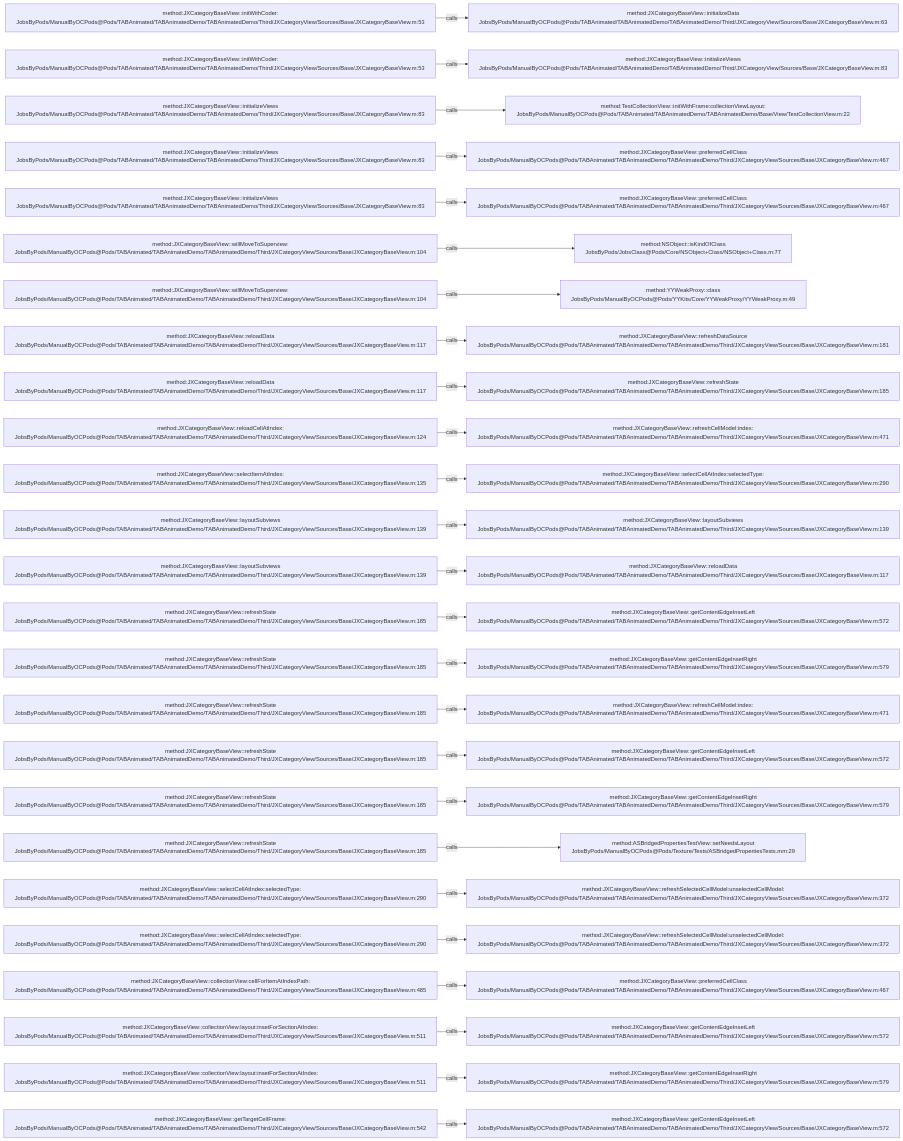
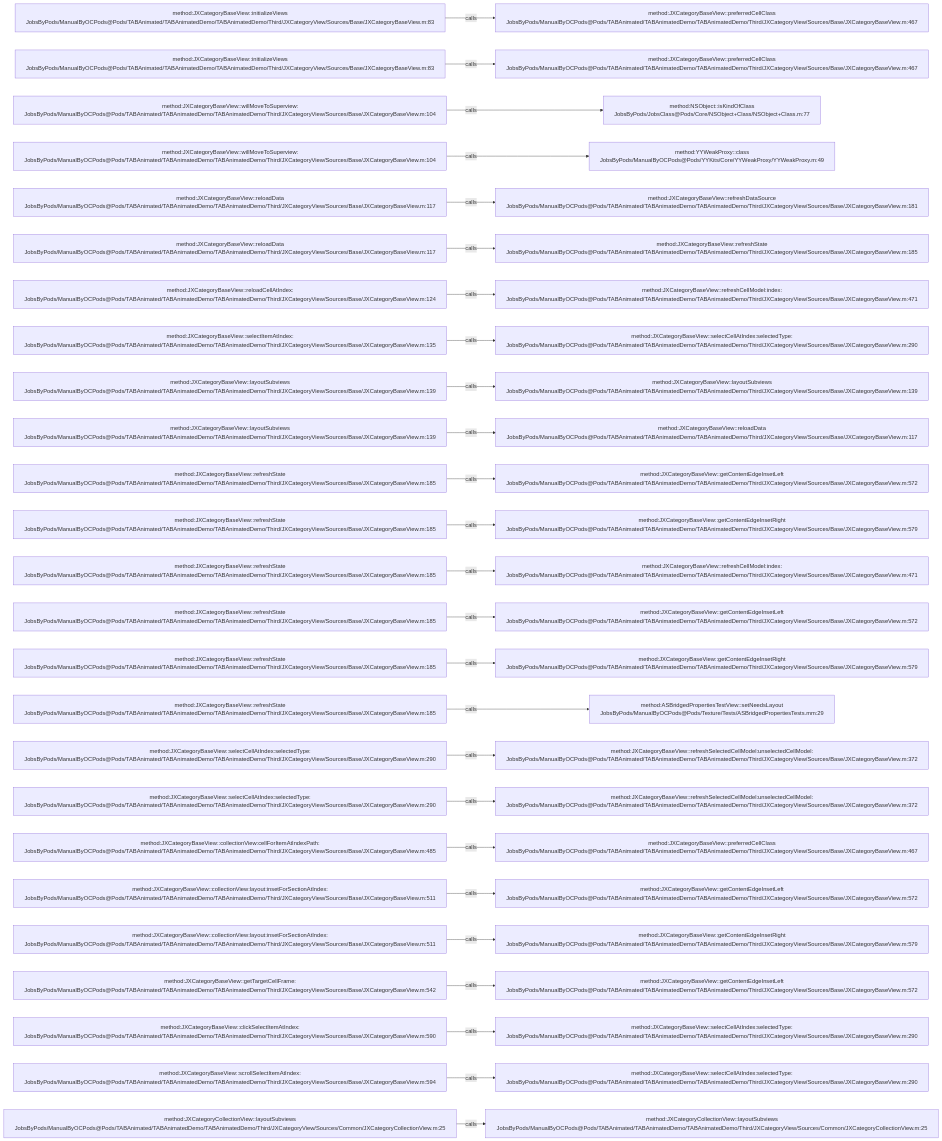
One commit to JobsKits/JobsOCBaseConfigDemo changed the diagram in .codegraph/codegraph.md/graphs/calls-043.md. Above: the diagram before and after it, drawn with Mermaid. The commit also changed 342 other files, not shown here.

````diff
--- a/.codegraph/codegraph.md/graphs/calls-043.md
+++ b/.codegraph/codegraph.md/graphs/calls-043.md
@@ -13,78 +13,78 @@
 ```mermaid
 flowchart LR
-  S1["method:JXCategoryBaseView::initWithCoder:<br/>JobsByPods/ManualByOCPods@Pods/TABAnimated/TABAnimatedDemo/TABAnimatedDemo/Third/JXCategoryView/Sources/Base/JXCategoryBaseView.m:53"]
-  T1["method:JXCategoryBaseView::initializeData<br/>JobsByPods/ManualByOCPods@Pods/TABAnimated/TABAnimatedDemo/TABAnimatedDemo/Third/JXCategoryView/Sources/Base/JXCategoryBaseView.m:63"]
+  S1["method:JXCategoryBaseView::initializeViews<br/>JobsByPods/ManualByOCPods@Pods/TABAnimated/TABAnimatedDemo/TABAnimatedDemo/Third/JXCategoryView/Sources/Base/JXCategoryBaseView.m:83"]
+  T1["method:JXCategoryBaseView::preferredCellClass<br/>JobsByPods/ManualByOCPods@Pods/TABAnimated/TABAnimatedDemo/TABAnimatedDemo/Third/JXCategoryView/Sources/Base/JXCategoryBaseView.m:467"]
   S1 -->|calls| T1
-  S2["method:JXCategoryBaseView::initWithCoder:<br/>JobsByPods/ManualByOCPods@Pods/TABAnimated/TABAnimatedDemo/TABAnimatedDemo/Third/JXCategoryView/Sources/Base/JXCategoryBaseView.m:53"]
-  T2["method:JXCategoryBaseView::initializeViews<br/>JobsByPods/ManualByOCPods@Pods/TABAnimated/TABAnimatedDemo/TABAnimatedDemo/Third/JXCategoryView/Sources/Base/JXCategoryBaseView.m:83"]
+  S2["method:JXCategoryBaseView::initializeViews<br/>JobsByPods/ManualByOCPods@Pods/TABAnimated/TABAnimatedDemo/TABAnimatedDemo/Third/JXCategoryView/Sources/Base/JXCategoryBaseView.m:83"]
+  T2["method:JXCategoryBaseView::preferredCellClass<br/>JobsByPods/ManualByOCPods@Pods/TABAnimated/TABAnimatedDemo/TABAnimatedDemo/Third/JXCategoryView/Sources/Base/JXCategoryBaseView.m:467"]
   S2 -->|calls| T2
-  S3["method:JXCategoryBaseView::initializeViews<br/>JobsByPods/ManualByOCPods@Pods/TABAnimated/TABAnimatedDemo/TABAnimatedDemo/Third/JXCategoryView/Sources/Base/JXCategoryBaseView.m:83"]
-  T3["method:TestCollectionView::initWithFrame:collectionViewLayout:<br/>JobsByPods/ManualByOCPods@Pods/TABAnimated/TABAnimatedDemo/TABAnimatedDemo/Base/View/TestCollectionView.m:22"]
+  S3["method:JXCategoryBaseView::willMoveToSuperview:<br/>JobsByPods/ManualByOCPods@Pods/TABAnimated/TABAnimatedDemo/TABAnimatedDemo/Third/JXCategoryView/Sources/Base/JXCategoryBaseView.m:104"]
+  T3["method:NSObject::isKindOfClass<br/>JobsByPods/JobsClass@Pods/Core/NSObject+Class/NSObject+Class.m:77"]
   S3 -->|calls| T3
-  S4["method:JXCategoryBaseView::initializeViews<br/>JobsByPods/ManualByOCPods@Pods/TABAnimated/TABAnimatedDemo/TABAnimatedDemo/Third/JXCategoryView/Sources/Base/JXCategoryBaseView.m:83"]
-  T4["method:JXCategoryBaseView::preferredCellClass<br/>JobsByPods/ManualByOCPods@Pods/TABAnimated/TABAnimatedDemo/TABAnimatedDemo/Third/JXCategoryView/Sources/Base/JXCategoryBaseView.m:467"]
+  S4["method:JXCategoryBaseView::willMoveToSuperview:<br/>JobsByPods/ManualByOCPods@Pods/TABAnimated/TABAnimatedDemo/TABAnimatedDemo/Third/JXCategoryView/Sources/Base/JXCategoryBaseView.m:104"]
+  T4["method:YYWeakProxy::class<br/>JobsByPods/ManualByOCPods@Pods/YYKits/Core/YYWeakProxy/YYWeakProxy.m:49"]
   S4 -->|calls| T4
-  S5["method:JXCategoryBaseView::initializeViews<br/>JobsByPods/ManualByOCPods@Pods/TABAnimated/TABAnimatedDemo/TABAnimatedDemo/Third/JXCategoryView/Sources/Base/JXCategoryBaseView.m:83"]
-  T5["method:JXCategoryBaseView::preferredCellClass<br/>JobsByPods/ManualByOCPods@Pods/TABAnimated/TABAnimatedDemo/TABAnimatedDemo/Third/JXCategoryView/Sources/Base/JXCategoryBaseView.m:467"]
+  S5["method:JXCategoryBaseView::reloadData<br/>JobsByPods/ManualByOCPods@Pods/TABAnimated/TABAnimatedDemo/TABAnimatedDemo/Third/JXCategoryView/Sources/Base/JXCategoryBaseView.m:117"]
+  T5["method:JXCategoryBaseView::refreshDataSource<br/>JobsByPods/ManualByOCPods@Pods/TABAnimated/TABAnimatedDemo/TABAnimatedDemo/Third/JXCategoryView/Sources/Base/JXCategoryBaseView.m:181"]
   S5 -->|calls| T5
-  S6["method:JXCategoryBaseView::willMoveToSuperview:<br/>JobsByPods/ManualByOCPods@Pods/TABAnimated/TABAnimatedDemo/TABAnimatedDemo/Third/JXCategoryView/Sources/Base/JXCategoryBaseView.m:104"]
-  T6["method:NSObject::isKindOfClass<br/>JobsByPods/JobsClass@Pods/Core/NSObject+Class/NSObject+Class.m:77"]
+  S6["method:JXCategoryBaseView::reloadData<br/>JobsByPods/ManualByOCPods@Pods/TABAnimated/TABAnimatedDemo/TABAnimatedDemo/Third/JXCategoryView/Sources/Base/JXCategoryBaseView.m:117"]
+  T6["method:JXCategoryBaseView::refreshState<br/>JobsByPods/ManualByOCPods@Pods/TABAnimated/TABAnimatedDemo/TABAnimatedDemo/Third/JXCategoryView/Sources/Base/JXCategoryBaseView.m:185"]
   S6 -->|calls| T6
-  S7["method:JXCategoryBaseView::willMoveToSuperview:<br/>JobsByPods/ManualByOCPods@Pods/TABAnimated/TABAnimatedDemo/TABAnimatedDemo/Third/JXCategoryView/Sources/Base/JXCategoryBaseView.m:104"]
-  T7["method:YYWeakProxy::class<br/>JobsByPods/ManualByOCPods@Pods/YYKits/Core/YYWeakProxy/YYWeakProxy.m:49"]
+  S7["method:JXCategoryBaseView::reloadCellAtIndex:<br/>JobsByPods/ManualByOCPods@Pods/TABAnimated/TABAnimatedDemo/TABAnimatedDemo/Third/JXCategoryView/Sources/Base/JXCategoryBaseView.m:124"]
+  T7["method:JXCategoryBaseView::refreshCellModel:index:<br/>JobsByPods/ManualByOCPods@Pods/TABAnimated/TABAnimatedDemo/TABAnimatedDemo/Third/JXCategoryView/Sources/Base/JXCategoryBaseView.m:471"]
   S7 -->|calls| T7
-  S8["method:JXCategoryBaseView::reloadData<br/>JobsByPods/ManualByOCPods@Pods/TABAnimated/TABAnimatedDemo/TABAnimatedDemo/Third/JXCategoryView/Sources/Base/JXCategoryBaseView.m:117"]
-  T8["method:JXCategoryBaseView::refreshDataSource<br/>JobsByPods/ManualByOCPods@Pods/TABAnimated/TABAnimatedDemo/TABAnimatedDemo/Third/JXCategoryView/Sources/Base/JXCategoryBaseView.m:181"]
+  S8["method:JXCategoryBaseView::selectItemAtIndex:<br/>JobsByPods/ManualByOCPods@Pods/TABAnimated/TABAnimatedDemo/TABAnimatedDemo/Third/JXCategoryView/Sources/Base/JXCategoryBaseView.m:135"]
+  T8["method:JXCategoryBaseView::selectCellAtIndex:selectedType:<br/>JobsByPods/ManualByOCPods@Pods/TABAnimated/TABAnimatedDemo/TABAnimatedDemo/Third/JXCategoryView/Sources/Base/JXCategoryBaseView.m:290"]
   S8 -->|calls| T8
-  S9["method:JXCategoryBaseView::reloadData<br/>JobsByPods/ManualByOCPods@Pods/TABAnimated/TABAnimatedDemo/TABAnimatedDemo/Third/JXCategoryView/Sources/Base/JXCategoryBaseView.m:117"]
-  T9["method:JXCategoryBaseView::refreshState<br/>JobsByPods/ManualByOCPods@Pods/TABAnimated/TABAnimatedDemo/TABAnimatedDemo/Third/JXCategoryView/Sources/Base/JXCategoryBaseView.m:185"]
+  S9["method:JXCategoryBaseView::layoutSubviews<br/>JobsByPods/ManualByOCPods@Pods/TABAnimated/TABAnimatedDemo/TABAnimatedDemo/Third/JXCategoryView/Sources/Base/JXCategoryBaseView.m:139"]
+  T9["method:JXCategoryBaseView::layoutSubviews<br/>JobsByPods/ManualByOCPods@Pods/TABAnimated/TABAnimatedDemo/TABAnimatedDemo/Third/JXCategoryView/Sources/Base/JXCategoryBaseView.m:139"]
   S9 -->|calls| T9
-  S10["method:JXCategoryBaseView::reloadCellAtIndex:<br/>JobsByPods/ManualByOCPods@Pods/TABAnimated/TABAnimatedDemo/TABAnimatedDemo/Third/JXCategoryView/Sources/Base/JXCategoryBaseView.m:124"]
-  T10["method:JXCategoryBaseView::refreshCellModel:index:<br/>JobsByPods/ManualByOCPods@Pods/TABAnimated/TABAnimatedDemo/TABAnimatedDemo/Third/JXCategoryView/Sources/Base/JXCategoryBaseView.m:471"]
+  S10["method:JXCategoryBaseView::layoutSubviews<br/>JobsByPods/ManualByOCPods@Pods/TABAnimated/TABAnimatedDemo/TABAnimatedDemo/Third/JXCategoryView/Sources/Base/JXCategoryBaseView.m:139"]
+  T10["method:JXCategoryBaseView::reloadData<br/>JobsByPods/ManualByOCPods@Pods/TABAnimated/TABAnimatedDemo/TABAnimatedDemo/Third/JXCategoryView/Sources/Base/JXCategoryBaseView.m:117"]
   S10 -->|calls| T10
-  S11["method:JXCategoryBaseView::selectItemAtIndex:<br/>JobsByPods/ManualByOCPods@Pods/TABAnimated/TABAnimatedDemo/TABAnimatedDemo/Third/JXCategoryView/Sources/Base/JXCategoryBaseView.m:135"]
-  T11["method:JXCategoryBaseView::selectCellAtIndex:selectedType:<br/>JobsByPods/ManualByOCPods@Pods/TABAnimated/TABAnimatedDemo/TABAnimatedDemo/Third/JXCategoryView/Sources/Base/JXCategoryBaseView.m:290"]
+  S11["method:JXCategoryBaseView::refreshState<br/>JobsByPods/ManualByOCPods@Pods/TABAnimated/TABAnimatedDemo/TABAnimatedDemo/Third/JXCategoryView/Sources/Base/JXCategoryBaseView.m:185"]
+  T11["method:JXCategoryBaseView::getContentEdgeInsetLeft<br/>JobsByPods/ManualByOCPods@Pods/TABAnimated/TABAnimatedDemo/TABAnimatedDemo/Third/JXCategoryView/Sources/Base/JXCategoryBaseView.m:572"]
   S11 -->|calls| T11
-  S12["method:JXCategoryBaseView::layoutSubviews<br/>JobsByPods/ManualByOCPods@Pods/TABAnimated/TABAnimatedDemo/TABAnimatedDemo/Third/JXCategoryView/Sources/Base/JXCategoryBaseView.m:139"]
-  T12["method:JXCategoryBaseView::layoutSubviews<br/>JobsByPods/ManualByOCPods@Pods/TABAnimated/TABAnimatedDemo/TABAnimatedDemo/Third/JXCategoryView/Sources/Base/JXCategoryBaseView.m:139"]
+  S12["method:JXCategoryBaseView::refreshState<br/>JobsByPods/ManualByOCPods@Pods/TABAnimated/TABAnimatedDemo/TABAnimatedDemo/Third/JXCategoryView/Sources/Base/JXCategoryBaseView.m:185"]
+  T12["method:JXCategoryBaseView::getContentEdgeInsetRight<br/>JobsByPods/ManualByOCPods@Pods/TABAnimated/TABAnimatedDemo/TABAnimatedDemo/Third/JXCategoryView/Sources/Base/JXCategoryBaseView.m:579"]
   S12 -->|calls| T12
-  S13["method:JXCategoryBaseView::layoutSubviews<br/>JobsByPods/ManualByOCPods@Pods/TABAnimated/TABAnimatedDemo/TABAnimatedDemo/Third/JXCategoryView/Sources/Base/JXCategoryBaseView.m:139"]
-  T13["method:JXCategoryBaseView::reloadData<br/>JobsByPods/ManualByOCPods@Pods/TABAnimated/TABAnimatedDemo/TABAnimatedDemo/Third/JXCategoryView/Sources/Base/JXCategoryBaseView.m:117"]
+  S13["method:JXCategoryBaseView::refreshState<br/>JobsByPods/ManualByOCPods@Pods/TABAnimated/TABAnimatedDemo/TABAnimatedDemo/Third/JXCategoryView/Sources/Base/JXCategoryBaseView.m:185"]
+  T13["method:JXCategoryBaseView::refreshCellModel:index:<br/>JobsByPods/ManualByOCPods@Pods/TABAnimated/TABAnimatedDemo/TABAnimatedDemo/Third/JXCategoryView/Sources/Base/JXCategoryBaseView.m:471"]
   S13 -->|calls| T13
   S14["method:JXCategoryBaseView::refreshState<br/>JobsByPods/ManualByOCPods@Pods/TABAnimated/TABAnimatedDemo/TABAnimatedDemo/Third/JXCategoryView/Sources/Base/JXCategoryBaseView.m:185"]
   T14["method:JXCategoryBaseView::getContentEdgeInsetLeft<br/>JobsByPods/ManualByOCPods@Pods/TABAnimated/TABAnimatedDemo/TABAnimatedDemo/Third/JXCategoryView/Sources/Base/JXCategoryBaseView.m:572"]
   S14 -->|calls| T14
   S15["method:JXCategoryBaseView::refreshState<br/>JobsByPods/ManualByOCPods@Pods/TABAnimated/TABAnimatedDemo/TABAnimatedDemo/Third/JXCategoryView/Sources/Base/JXCategoryBaseView.m:185"]
   T15["method:JXCategoryBaseView::getContentEdgeInsetRight<br/>JobsByPods/ManualByOCPods@Pods/TABAnimated/TABAnimatedDemo/TABAnimatedDemo/Third/JXCategoryView/Sources/Base/JXCategoryBaseView.m:579"]
   S15 -->|calls| T15
   S16["method:JXCategoryBaseView::refreshState<br/>JobsByPods/ManualByOCPods@Pods/TABAnimated/TABAnimatedDemo/TABAnimatedDemo/Third/JXCategoryView/Sources/Base/JXCategoryBaseView.m:185"]
-  T16["method:JXCategoryBaseView::refreshCellModel:index:<br/>JobsByPods/ManualByOCPods@Pods/TABAnimated/TABAnimatedDemo/TABAnimatedDemo/Third/JXCategoryView/Sources/Base/JXCategoryBaseView.m:471"]
+  T16["method:ASBridgedPropertiesTestView::setNeedsLayout<br/>JobsByPods/ManualByOCPods@Pods/Texture/Tests/ASBridgedPropertiesTests.mm:29"]
   S16 -->|calls| T16
-  S17["method:JXCategoryBaseView::refreshState<br/>JobsByPods/ManualByOCPods@Pods/TABAnimated/TABAnimatedDemo/TABAnimatedDemo/Third/JXCategoryView/Sources/Base/JXCategoryBaseView.m:185"]
-  T17["method:JXCategoryBaseView::getContentEdgeInsetLeft<br/>JobsByPods/ManualByOCPods@Pods/TABAnimated/TABAnimatedDemo/TABAnimatedDemo/Third/JXCategoryView/Sources/Base/JXCategoryBaseView.m:572"]
+  S17["method:JXCategoryBaseView::selectCellAtIndex:selectedType:<br/>JobsByPods/ManualByOCPods@Pods/TABAnimated/TABAnimatedDemo/TABAnimatedDemo/Third/JXCategoryView/Sources/Base/JXCategoryBaseView.m:290"]
+  T17["method:JXCategoryBaseView::refreshSelectedCellModel:unselectedCellModel:<br/>JobsByPods/ManualByOCPods@Pods/TABAnimated/TABAnimatedDemo/TABAnimatedDemo/Third/JXCategoryView/Sources/Base/JXCategoryBaseView.m:372"]
   S17 -->|calls| T17
-  S18["method:JXCategoryBaseView::refreshState<br/>JobsByPods/ManualByOCPods@Pods/TABAnimated/TABAnimatedDemo/TABAnimatedDemo/Third/JXCategoryView/Sources/Base/JXCategoryBaseView.m:185"]
-  T18["method:JXCategoryBaseView::getContentEdgeInsetRight<br/>JobsByPods/ManualByOCPods@Pods/TABAnimated/TABAnimatedDemo/TABAnimatedDemo/Third/JXCategoryView/Sources/Base/JXCategoryBaseView.m:579"]
+  S18["method:JXCategoryBaseView::selectCellAtIndex:selectedType:<br/>JobsByPods/ManualByOCPods@Pods/TABAnimated/TABAnimatedDemo/TABAnimatedDemo/Third/JXCategoryView/Sources/Base/JXCategoryBaseView.m:290"]
+  T18["method:JXCategoryBaseView::refreshSelectedCellModel:unselectedCellModel:<br/>JobsByPods/ManualByOCPods@Pods/TABAnimated/TABAnimatedDemo/TABAnimatedDemo/Third/JXCategoryView/Sources/Base/JXCategoryBaseView.m:372"]
   S18 -->|calls| T18
-  S19["method:JXCategoryBaseView::refreshState<br/>JobsByPods/ManualByOCPods@Pods/TABAnimated/TABAnimatedDemo/TABAnimatedDemo/Third/JXCategoryView/Sources/Base/JXCategoryBaseView.m:185"]
-  T19["method:ASBridgedPropertiesTestView::setNeedsLayout<br/>JobsByPods/ManualByOCPods@Pods/Texture/Tests/ASBridgedPropertiesTests.mm:29"]
+  S19["method:JXCategoryBaseView::collectionView:cellForItemAtIndexPath:<br/>JobsByPods/ManualByOCPods@Pods/TABAnimated/TABAnimatedDemo/TABAnimatedDemo/Third/JXCategoryView/Sources/Base/JXCategoryBaseView.m:485"]
+  T19["method:JXCategoryBaseView::preferredCellClass<br/>JobsByPods/ManualByOCPods@Pods/TABAnimated/TABAnimatedDemo/TABAnimatedDemo/Third/JXCategoryView/Sources/Base/JXCategoryBaseView.m:467"]
   S19 -->|calls| T19
-  S20["method:JXCategoryBaseView::selectCellAtIndex:selectedType:<br/>JobsByPods/ManualByOCPods@Pods/TABAnimated/TABAnimatedDemo/TABAnimatedDemo/Third/JXCategoryView/Sources/Base/JXCategoryBaseView.m:290"]
-  T20["method:JXCategoryBaseView::refreshSelectedCellModel:unselectedCellModel:<br/>JobsByPods/ManualByOCPods@Pods/TABAnimated/TABAnimatedDemo/TABAnimatedDemo/Third/JXCategoryView/Sources/Base/JXCategoryBaseView.m:372"]
+  S20["method:JXCategoryBaseView::collectionView:layout:insetForSectionAtIndex:<br/>JobsByPods/ManualByOCPods@Pods/TABAnimated/TABAnimatedDemo/TABAnimatedDemo/Third/JXCategoryView/Sources/Base/JXCategoryBaseView.m:511"]
+  T20["method:JXCategoryBaseView::getContentEdgeInsetLeft<br/>JobsByPods/ManualByOCPods@Pods/TABAnimated/TABAnimatedDemo/TABAnimatedDemo/Third/JXCategoryView/Sources/Base/JXCategoryBaseView.m:572"]
   S20 -->|calls| T20
-  S21["method:JXCategoryBaseView::selectCellAtIndex:selectedType:<br/>JobsByPods/ManualByOCPods@Pods/TABAnimated/TABAnimatedDemo/TABAnimatedDemo/Third/JXCategoryView/Sources/Base/JXCategoryBaseView.m:290"]
-  T21["method:JXCategoryBaseView::refreshSelectedCellModel:unselectedCellModel:<br/>JobsByPods/ManualByOCPods@Pods/TABAnimated/TABAnimatedDemo/TABAnimatedDemo/Third/JXCategoryView/Sources/Base/JXCategoryBaseView.m:372"]
+  S21["method:JXCategoryBaseView::collectionView:layout:insetForSectionAtIndex:<br/>JobsByPods/ManualByOCPods@Pods/TABAnimated/TABAnimatedDemo/TABAnimatedDemo/Third/JXCategoryView/Sources/Base/JXCategoryBaseView.m:511"]
+  T21["method:JXCategoryBaseView::getContentEdgeInsetRight<br/>JobsByPods/ManualByOCPods@Pods/TABAnimated/TABAnimatedDemo/TABAnimatedDemo/Third/JXCategoryView/Sources/Base/JXCategoryBaseView.m:579"]
   S21 -->|calls| T21
-  S22["method:JXCategoryBaseView::collectionView:cellForItemAtIndexPath:<br/>JobsByPods/ManualByOCPods@Pods/TABAnimated/TABAnimatedDemo/TABAnimatedDemo/Third/JXCategoryView/Sources/Base/JXCategoryBaseView.m:485"]
-  T22["method:JXCategoryBaseView::preferredCellClass<br/>JobsByPods/ManualByOCPods@Pods/TABAnimated/TABAnimatedDemo/TABAnimatedDemo/Third/JXCategoryView/Sources/Base/JXCategoryBaseView.m:467"]
+  S22["method:JXCategoryBaseView::getTargetCellFrame:<br/>JobsByPods/ManualByOCPods@Pods/TABAnimated/TABAnimatedDemo/TABAnimatedDemo/Third/JXCategoryView/Sources/Base/JXCategoryBaseView.m:542"]
+  T22["method:JXCategoryBaseView::getContentEdgeInsetLeft<br/>JobsByPods/ManualByOCPods@Pods/TABAnimated/TABAnimatedDemo/TABAnimatedDemo/Third/JXCategoryView/Sources/Base/JXCategoryBaseView.m:572"]
   S22 -->|calls| T22
-  S23["method:JXCategoryBaseView::collectionView:layout:insetForSectionAtIndex:<br/>JobsByPods/ManualByOCPods@Pods/TABAnimated/TABAnimatedDemo/TABAnimatedDemo/Third/JXCategoryView/Sources/Base/JXCategoryBaseView.m:511"]
-  T23["method:JXCategoryBaseView::getContentEdgeInsetLeft<br/>JobsByPods/ManualByOCPods@Pods/TABAnimated/TABAnimatedDemo/TABAnimatedDemo/Third/JXCategoryView/Sources/Base/JXCategoryBaseView.m:572"]
+  S23["method:JXCategoryBaseView::clickSelectItemAtIndex:<br/>JobsByPods/ManualByOCPods@Pods/TABAnimated/TABAnimatedDemo/TABAnimatedDemo/Third/JXCategoryView/Sources/Base/JXCategoryBaseView.m:590"]
+  T23["method:JXCategoryBaseView::selectCellAtIndex:selectedType:<br/>JobsByPods/ManualByOCPods@Pods/TABAnimated/TABAnimatedDemo/TABAnimatedDemo/Third/JXCategoryView/Sources/Base/JXCategoryBaseView.m:290"]
   S23 -->|calls| T23
-  S24["method:JXCategoryBaseView::collectionView:layout:insetForSectionAtIndex:<br/>JobsByPods/ManualByOCPods@Pods/TABAnimated/TABAnimatedDemo/TABAnimatedDemo/Third/JXCategoryView/Sources/Base/JXCategoryBaseView.m:511"]
-  T24["method:JXCategoryBaseView::getContentEdgeInsetRight<br/>JobsByPods/ManualByOCPods@Pods/TABAnimated/TABAnimatedDemo/TABAnimatedDemo/Third/JXCategoryView/Sources/Base/JXCategoryBaseView.m:579"]
+  S24["method:JXCategoryBaseView::scrollSelectItemAtIndex:<br/>JobsByPods/ManualByOCPods@Pods/TABAnimated/TABAnimatedDemo/TABAnimatedDemo/Third/JXCategoryView/Sources/Base/JXCategoryBaseView.m:594"]
+  T24["method:JXCategoryBaseView::selectCellAtIndex:selectedType:<br/>JobsByPods/ManualByOCPods@Pods/TABAnimated/TABAnimatedDemo/TABAnimatedDemo/Third/JXCategoryView/Sources/Base/JXCategoryBaseView.m:290"]
   S24 -->|calls| T24
-  S25["method:JXCategoryBaseView::getTargetCellFrame:<br/>JobsByPods/ManualByOCPods@Pods/TABAnimated/TABAnimatedDemo/TABAnimatedDemo/Third/JXCategoryView/Sources/Base/JXCategoryBaseView.m:542"]
-  T25["method:JXCategoryBaseView::getContentEdgeInsetLeft<br/>JobsByPods/ManualByOCPods@Pods/TABAnimated/TABAnimatedDemo/TABAnimatedDemo/Third/JXCategoryView/Sources/Base/JXCategoryBaseView.m:572"]
+  S25["method:JXCategoryCollectionView::layoutSubviews<br/>JobsByPods/ManualByOCPods@Pods/TABAnimated/TABAnimatedDemo/TABAnimatedDemo/Third/JXCategoryView/Sources/Common/JXCategoryCollectionView.m:25"]
+  T25["method:JXCategoryCollectionView::layoutSubviews<br/>JobsByPods/ManualByOCPods@Pods/TABAnimated/TABAnimatedDemo/TABAnimatedDemo/Third/JXCategoryView/Sources/Common/JXCategoryCollectionView.m:25"]
   S25 -->|calls| T25
 ```
````
